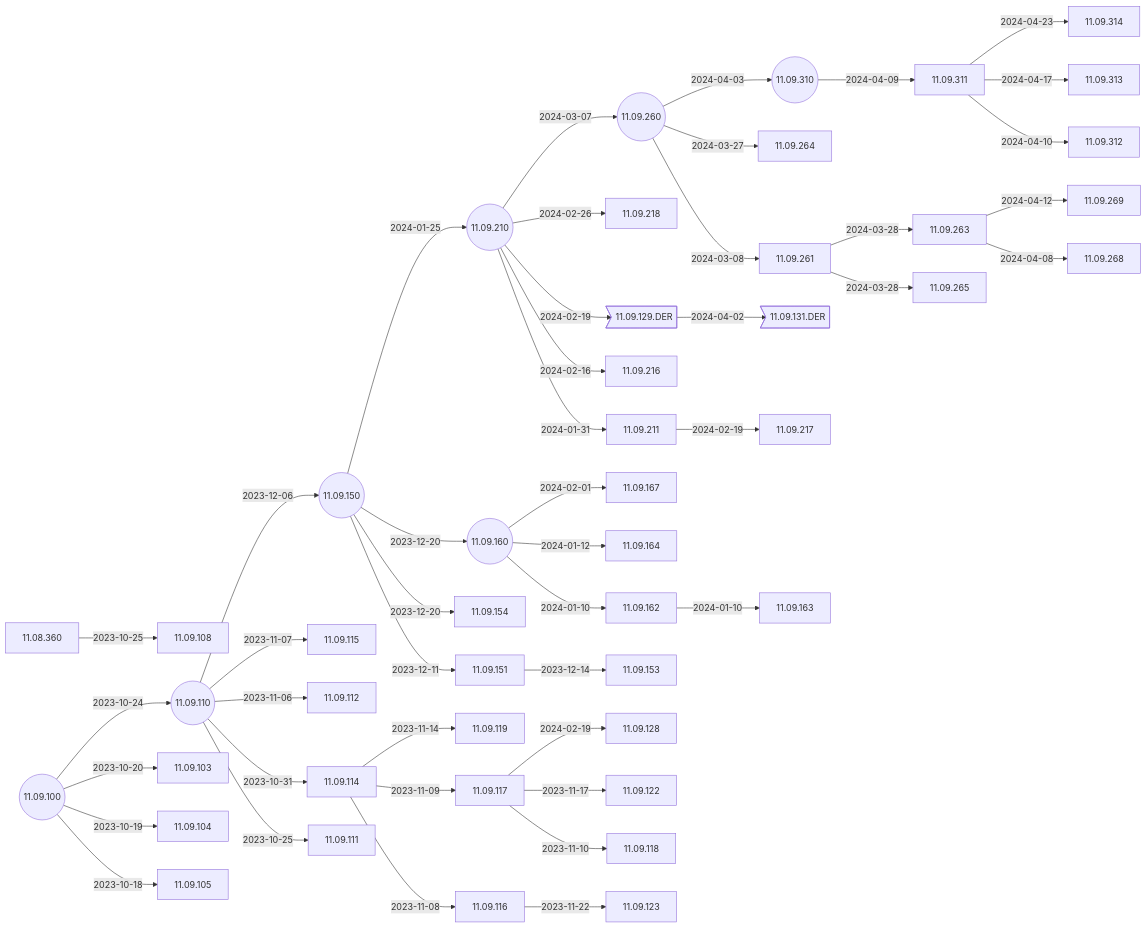
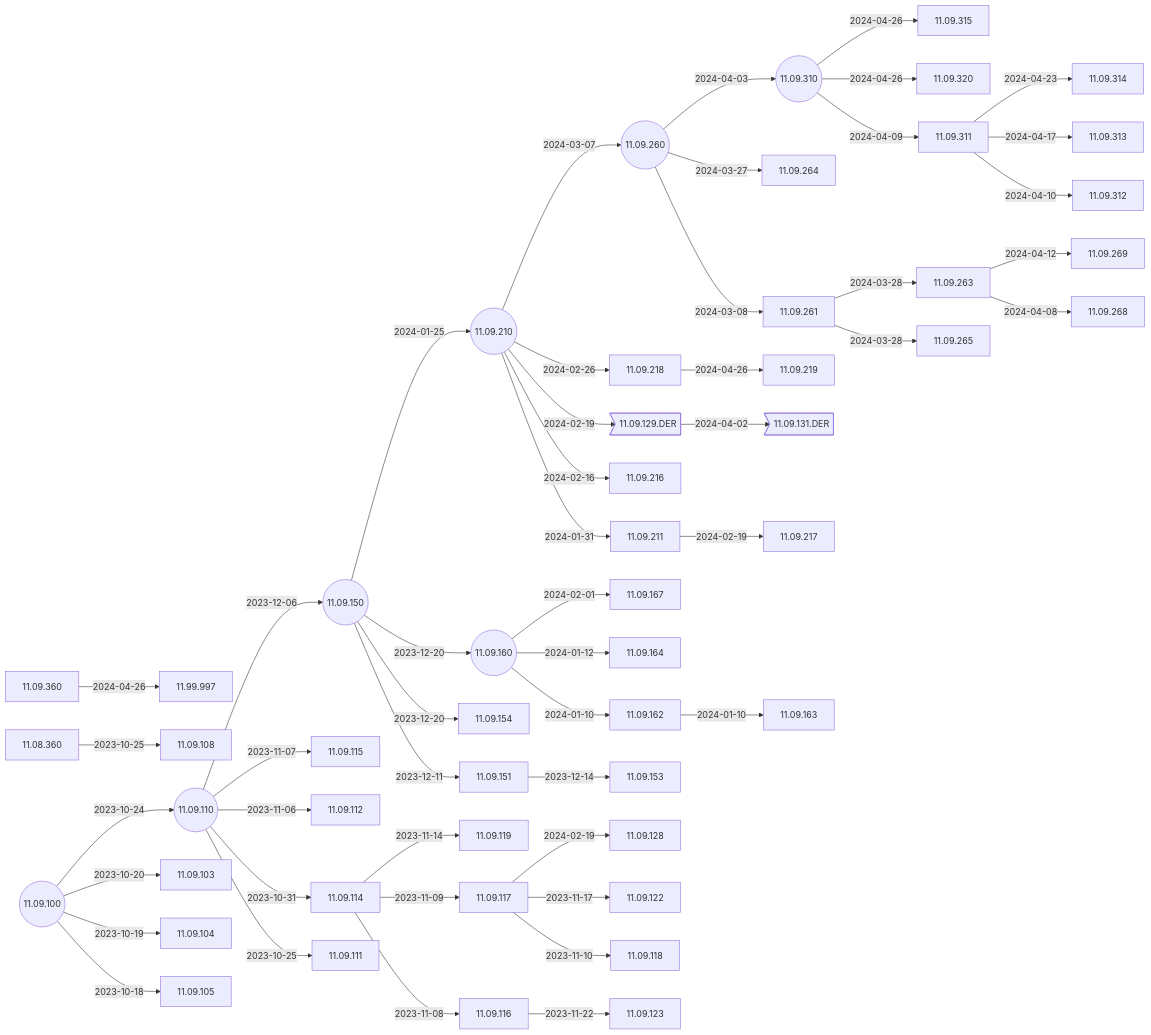
The second of 5 diagrams in docs/Docs/ReleaseNotes/01-OS11/README.md (IGEL-Community/IGEL-Docs-v02), drawn with Mermaid before and after one commit. The commit also changed 5 other files, not shown here.

````diff
--- a/docs/Docs/ReleaseNotes/01-OS11/README.md
+++ b/docs/Docs/ReleaseNotes/01-OS11/README.md
@@ -41,5 +41,9 @@
 ```mermaid
 flowchart LR
+    11.09.360-- 2024-04-26 -->11.99.997
+    11.09.310-- 2024-04-26 -->11.09.315
+    11.09.218-- 2024-04-26 -->11.09.219
+    11.09.310-- 2024-04-26 -->11.09.320
     11.09.311-- 2024-04-23 -->11.09.314
     11.09.311-- 2024-04-17 -->11.09.313
     11.09.263-- 2024-04-12 -->11.09.269
@@ -85,6 +89,10 @@
     11.09.100-- 2023-10-19 -->11.09.104
     11.09.100-- 2023-10-18 -->11.09.105
     11.09.100((11.09.100))
+    click 11.99.997 "https://github.com/IGEL-Community/IGEL-Docs-v02/tree/main/docs/Docs/ReleaseNotes/01-OS11/readme11.99.997.txt" _blank
+    click 11.09.315 "https://github.com/IGEL-Community/IGEL-Docs-v02/tree/main/docs/Docs/ReleaseNotes/01-OS11/readme11.09.315.txt" _blank
+    click 11.09.219 "https://github.com/IGEL-Community/IGEL-Docs-v02/tree/main/docs/Docs/ReleaseNotes/01-OS11/readme11.09.219.txt" _blank
+    click 11.09.320 "https://github.com/IGEL-Community/IGEL-Docs-v02/tree/main/docs/Docs/ReleaseNotes/01-OS11/readme11.09.320.txt" _blank
     click 11.09.314 "https://github.com/IGEL-Community/IGEL-Docs-v02/tree/main/docs/Docs/ReleaseNotes/01-OS11/readme11.09.314.txt" _blank
     click 11.09.313 "https://github.com/IGEL-Community/IGEL-Docs-v02/tree/main/docs/Docs/ReleaseNotes/01-OS11/readme11.09.313.txt" _blank
     click 11.09.269 "https://github.com/IGEL-Community/IGEL-Docs-v02/tree/main/docs/Docs/ReleaseNotes/01-OS11/readme11.09.269.txt" _blank
````
